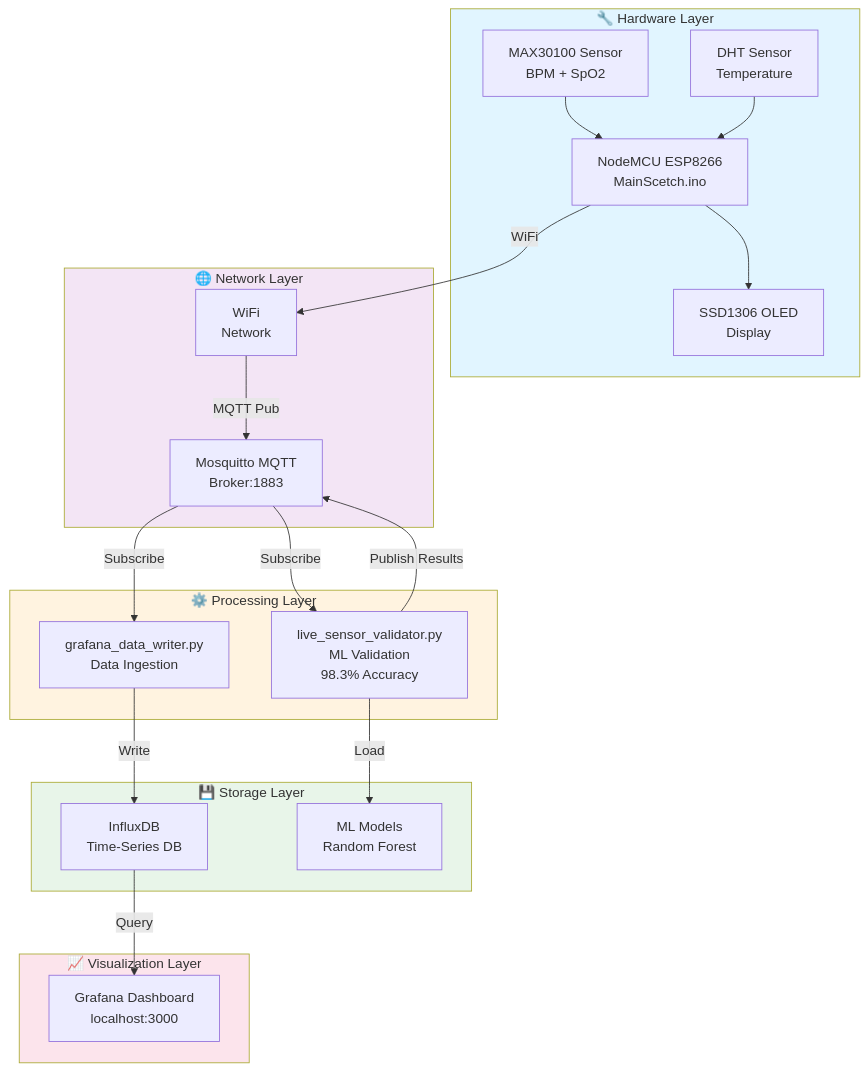
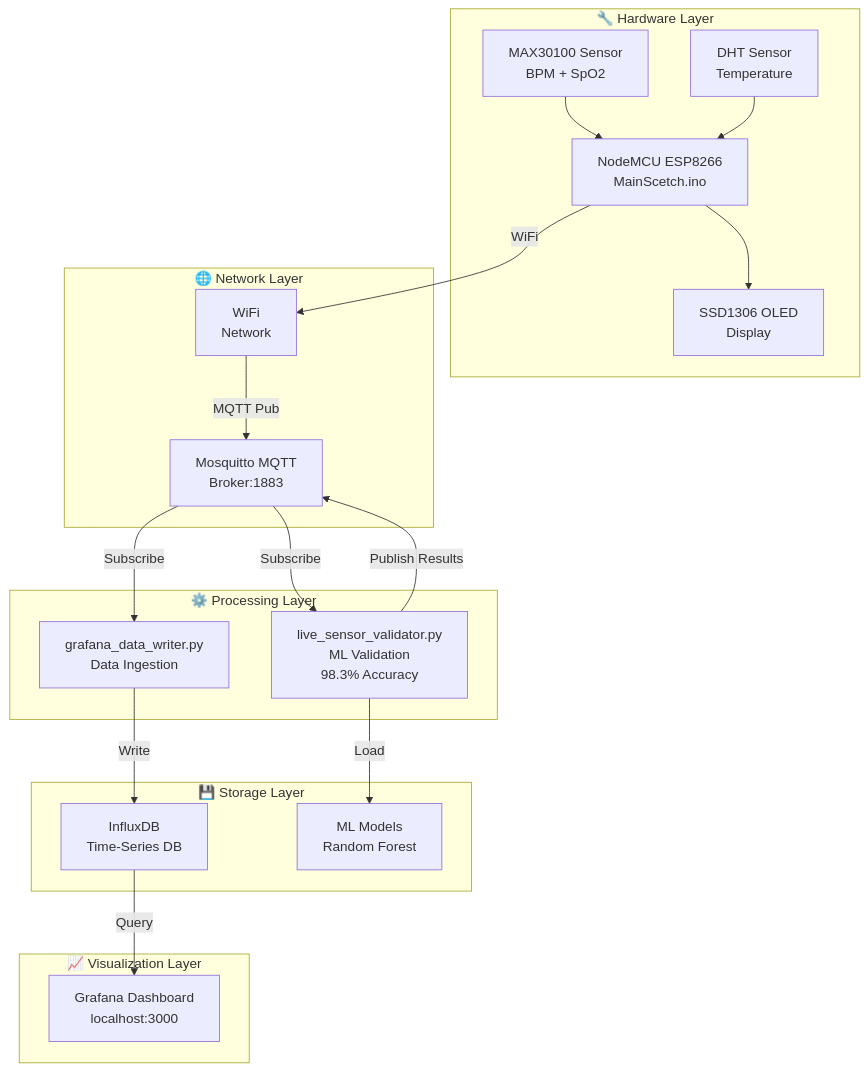
Before and after one commit to Emad-itbme/IoT-Health-Monitoring-System: the first of 3 diagrams in README.md, drawn with Mermaid. The commit also changed other lines of this file, not shown here.

````diff
--- a/README.md
+++ b/README.md
@@ -71,50 +71,44 @@
 ```mermaid
 graph TB
     subgraph Hardware["🔧 Hardware Layer"]
         NodeMCU["NodeMCU ESP8266<br/>MainScetch.ino"]
         MAX30100["MAX30100 Sensor<br/>BPM + SpO2"]
         DHT["DHT Sensor<br/>Temperature"]
         OLED["SSD1306 OLED<br/>Display"]
         
         MAX30100 --> NodeMCU
         DHT --> NodeMCU
         NodeMCU --> OLED
     end
     
     subgraph Network["🌐 Network Layer"]
-        WiFi["WiFi<br/> Network"]
+        WiFi["WiFi<br/>Network"]
         MQTT["Mosquitto MQTT<br/>Broker:1883"]
         
         NodeMCU -->|WiFi| WiFi
         WiFi -->|MQTT Pub| MQTT
     end
     
     subgraph Processing["⚙️ Processing Layer"]
         Validator["live_sensor_validator.py<br/>ML Validation<br/>98.3% Accuracy"]
         Writer["grafana_data_writer.py<br/>Data Ingestion"]
         
         MQTT -->|Subscribe| Validator
         Validator -->|Publish Results| MQTT
         MQTT -->|Subscribe| Writer
     end
     
     subgraph Storage["💾 Storage Layer"]
         InfluxDB["InfluxDB<br/>Time-Series DB"]
         Models["ML Models<br/>Random Forest"]
         
         Writer -->|Write| InfluxDB
         Validator -->|Load| Models
     end
     
     subgraph Visualization["📈 Visualization Layer"]
         Grafana["Grafana Dashboard<br/>localhost:3000"]
         
         InfluxDB -->|Query| Grafana
     end
-    
-    style Hardware fill:#e1f5ff
-    style Network fill:#f3e5f5
-    style Processing fill:#fff3e0
-    style Storage fill:#e8f5e9
-    style Visualization fill:#fce4ec
 ```
````
